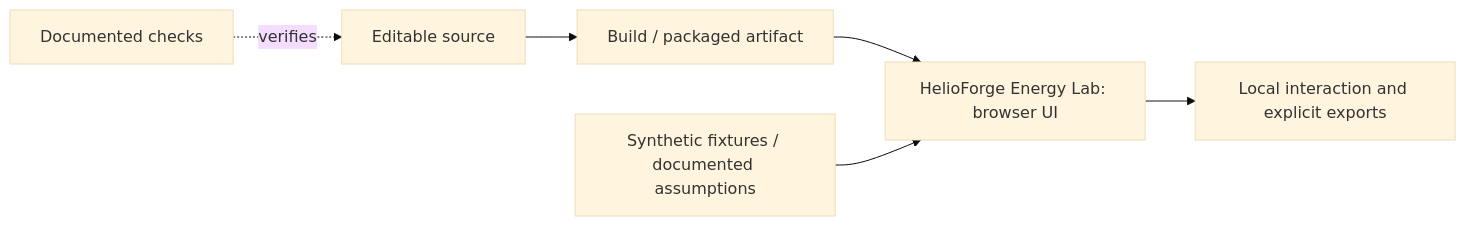
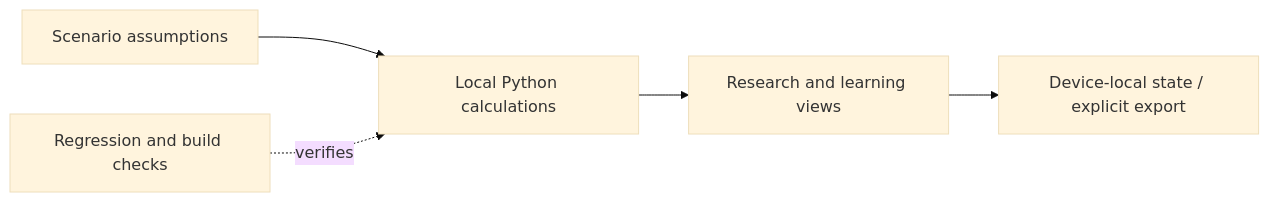
Before and after one commit to mohammadrezwankhan/helioforge-energy-lab: the diagram in docs/architecture/system-overview.md, drawn with Mermaid (base theme). The commit also changed other lines of this file and 16 other files, not shown here.

````diff
--- a/docs/architecture/system-overview.md
+++ b/docs/architecture/system-overview.md
@@ -7,8 +5,7 @@
 ```mermaid
 flowchart LR
-    A["Editable source"] --> B["Build / packaged artifact"]
-    B --> C["HelioForge Energy Lab: browser UI"]
-    D["Synthetic fixtures / documented assumptions"] --> C
-    C --> E["Local interaction and explicit exports"]
-    T["Documented checks"] -. verifies .-> A
+    I["Scenario assumptions"] --> R["Local Python calculations"]
+    R --> V["Research and learning views"]
+    V --> L["Device-local state / explicit export"]
+    T["Regression and build checks"] -. verifies .-> R
 ```
````
